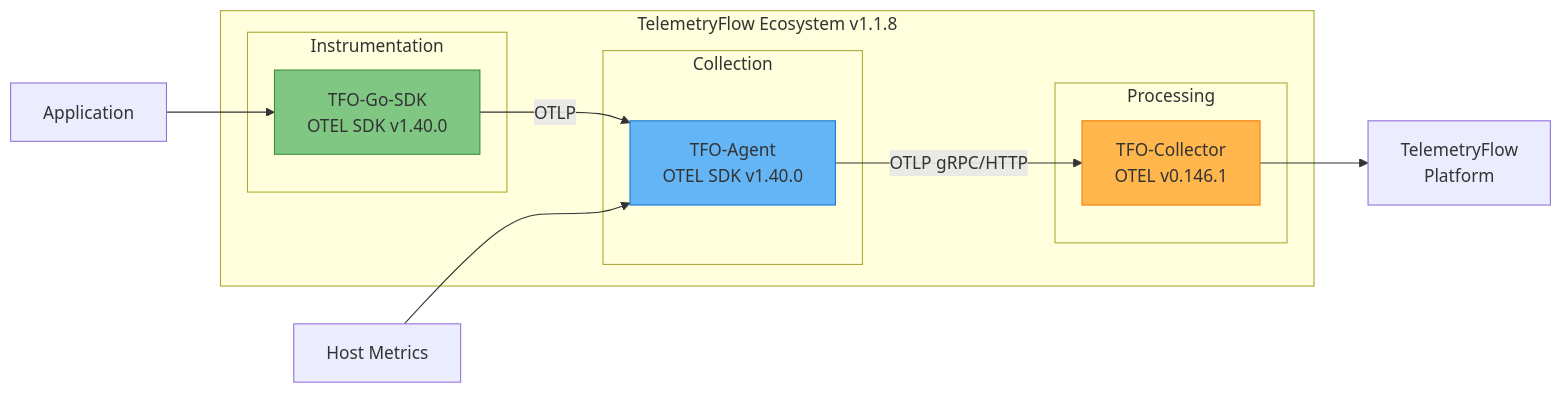
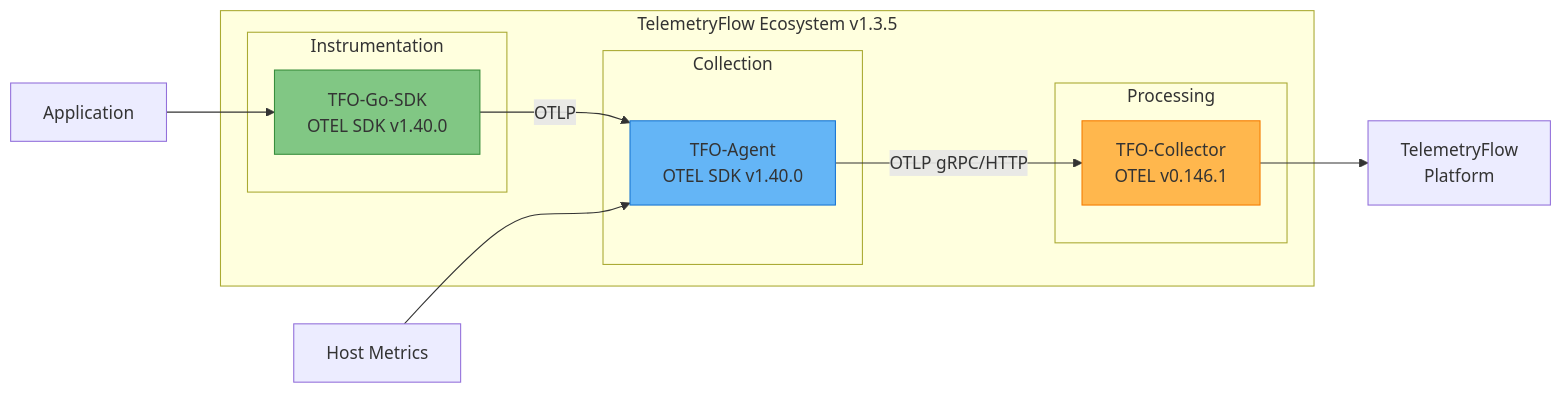
One commit to telemetryflow/telemetryflow-agent changed the diagram in README.md. Above: the diagram before and after it, drawn with Mermaid. The commit also changed other lines of this file and 3 other files, not shown here.

````diff
--- a/README.md
+++ b/README.md
@@ -33,26 +33,26 @@
 ```mermaid
 graph LR
-    subgraph "TelemetryFlow Ecosystem v1.1.8"
+    subgraph "TelemetryFlow Ecosystem v1.3.5"
         subgraph "Instrumentation"
             SDK[TFO-Go-SDK<br/>OTEL SDK v1.40.0]
         end
 
         subgraph "Collection"
             AGENT[TFO-Agent<br/>OTEL SDK v1.40.0]
         end
 
         subgraph "Processing"
             COLLECTOR[TFO-Collector<br/>OTEL v0.146.1]
         end
     end
 
     APP[Application] --> SDK
     SDK -->|OTLP| AGENT
     HOST[Host Metrics] --> AGENT
     AGENT -->|OTLP gRPC/HTTP| COLLECTOR
     COLLECTOR --> BACKEND[TelemetryFlow<br/>Platform]
 
     style SDK fill:#81C784,stroke:#388E3C
     style AGENT fill:#64B5F6,stroke:#1976D2
     style COLLECTOR fill:#FFB74D,stroke:#F57C00
 ```
````
